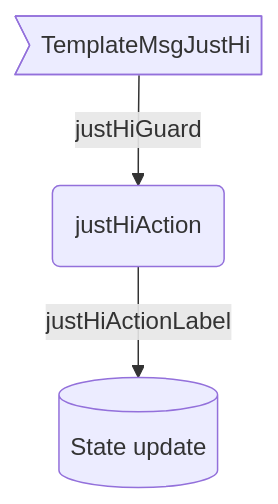
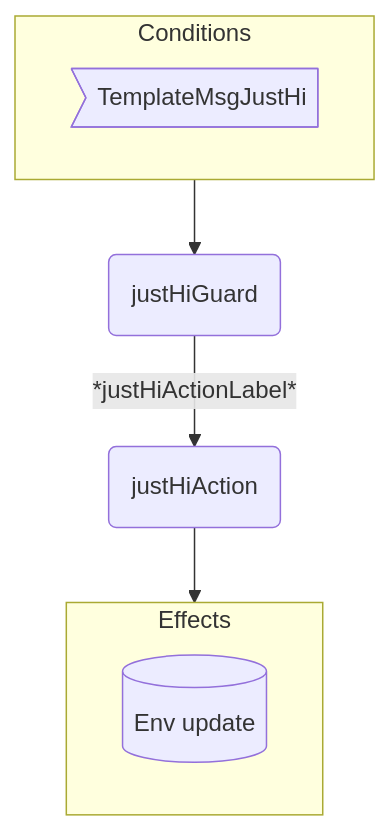
One commit to anoma/nspec changed the first of 2 diagrams in docs/arch/node/engines/template_behaviour.juvix.md. Above: the diagram before and after it, drawn with Mermaid. The commit also changed other lines of this file and 7 other files, not shown here.

Commit message:
template fixes: diagrams, nav

````diff
--- a/docs/arch/node/engines/template_behaviour.juvix.md
+++ b/docs/arch/node/engines/template_behaviour.juvix.md
@@ -454,8 +454,15 @@
 ```mermaid
 flowchart TD
-  CM>TemplateMsgJustHi]
+  subgraph C[Conditions]
+    CMsg>TemplateMsgJustHi]
+  end
+
+  G(justHiGuard)
   A(justHiAction)
-  ES[(State update)]
 
-  CM --justHiGuard--> A --justHiActionLabel--> ES
+  C --> G -- *justHiActionLabel* --> A --> E
+
+  subgraph E[Effects]
+    EEnv[(Env update)]
+  end
 ```
````
